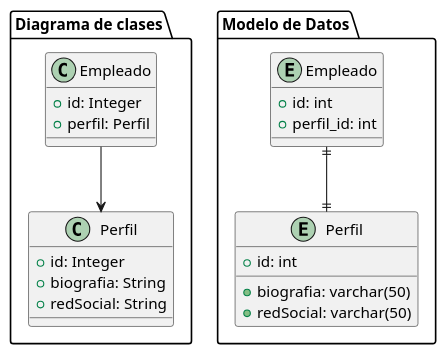
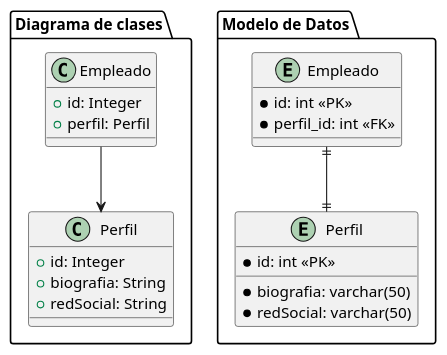
One commit to nachovilla123/apunte-persistencia changed the diagram in oneToOne.puml. Above: the diagram before and after it, drawn with PlantUML. The commit also changed 14 other files, not shown here.

```diff
--- a/oneToOne.puml
+++ b/oneToOne.puml
@@ -1,31 +1,31 @@
 @startuml
 package "Diagrama de clases" {
     class Empleado {
         +id: Integer
         +perfil: Perfil
     }
 
     class Perfil {
         +id: Integer
         +biografia: String
         +redSocial: String
     }
 
     Empleado --> Perfil
 }
 package "Modelo de Datos" {
     entity "Empleado" as empleado {
-        +id: int
-        +perfil_id: int
+        *id: int <<PK>>
+        *perfil_id: int <<FK>>
     }
 
     entity "Perfil" as perfil {
-        +id: int
-        +biografia: varchar(50)
-        +redSocial: varchar(50)
+        *id: int <<PK>>
+        *biografia: varchar(50)
+        *redSocial: varchar(50)
     }
 
     empleado ||--|| perfil
 
 }
 @enduml
```
